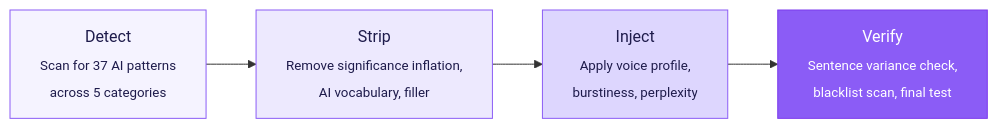
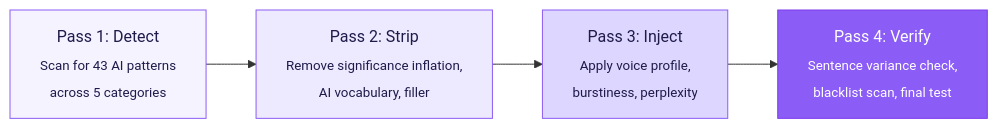
The diagram in README.md (Aboudjem/humanizer-skill), drawn with Mermaid before and after one commit. The commit also changed other lines of this file and 12 other files, not shown here.

````diff
--- a/README.md
+++ b/README.md
@@ -221,11 +269,11 @@
 ```mermaid
 graph LR
-    A["Detect<br/><sub>Scan for 37 AI patterns<br/>across 5 categories</sub>"] --> B["Strip<br/><sub>Remove significance inflation,<br/>AI vocabulary, filler</sub>"]
-    B --> C["Inject<br/><sub>Apply voice profile,<br/>burstiness, perplexity</sub>"]
-    C --> D["Verify<br/><sub>Sentence variance check,<br/>blacklist scan, final test</sub>"]
+    A["Pass 1: Detect<br/><sub>Scan for 43 AI patterns<br/>across 5 categories</sub>"] --> B["Pass 2: Strip<br/><sub>Remove significance inflation,<br/>AI vocabulary, filler</sub>"]
+    B --> C["Pass 3: Inject<br/><sub>Apply voice profile,<br/>burstiness, perplexity</sub>"]
+    C --> D["Pass 4: Verify<br/><sub>Sentence variance check,<br/>blacklist scan, final test</sub>"]
 
     style A fill:#f5f3ff,stroke:#8b5cf6,color:#1e1b4b
     style B fill:#ede9fe,stroke:#8b5cf6,color:#1e1b4b
     style C fill:#ddd6fe,stroke:#8b5cf6,color:#1e1b4b
     style D fill:#8b5cf6,stroke:#7c3aed,color:#ffffff
 ```
````
